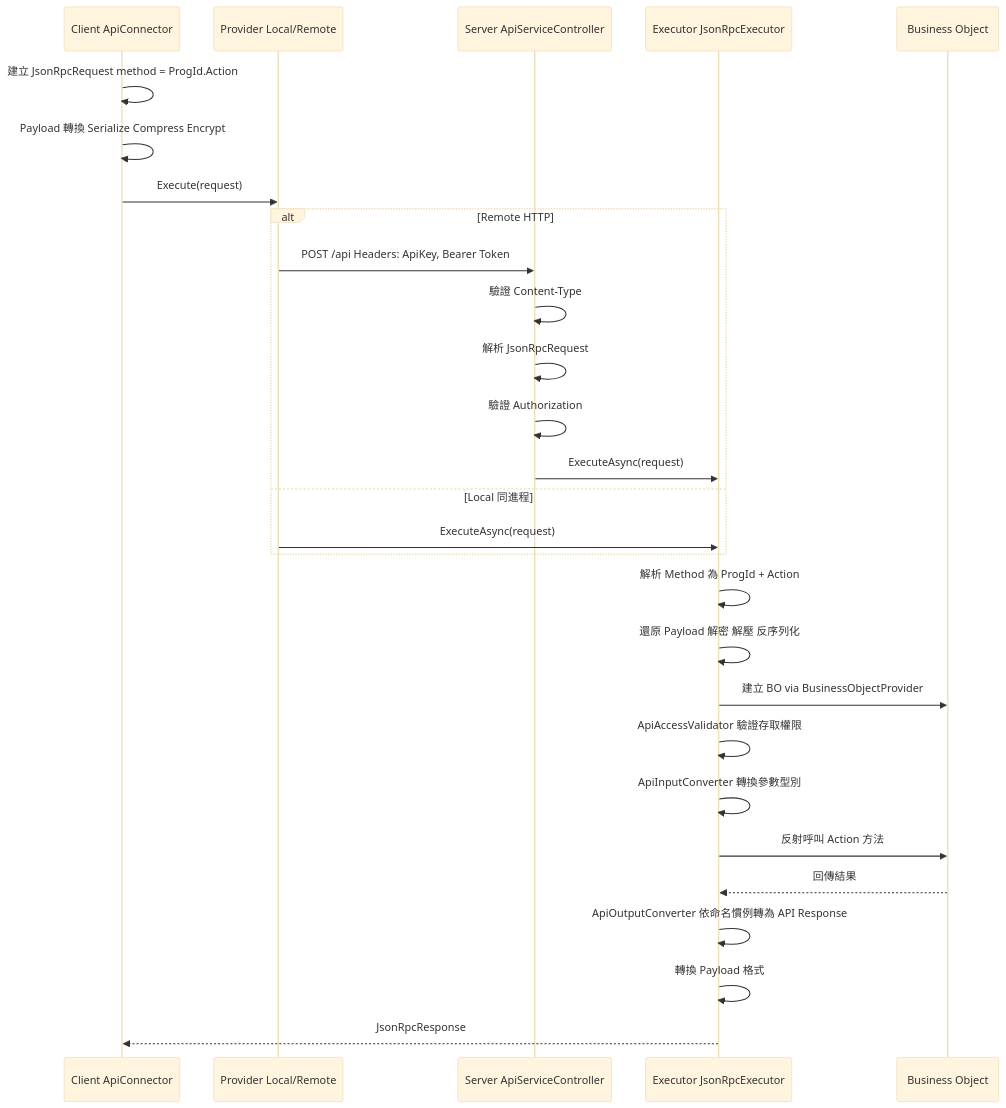
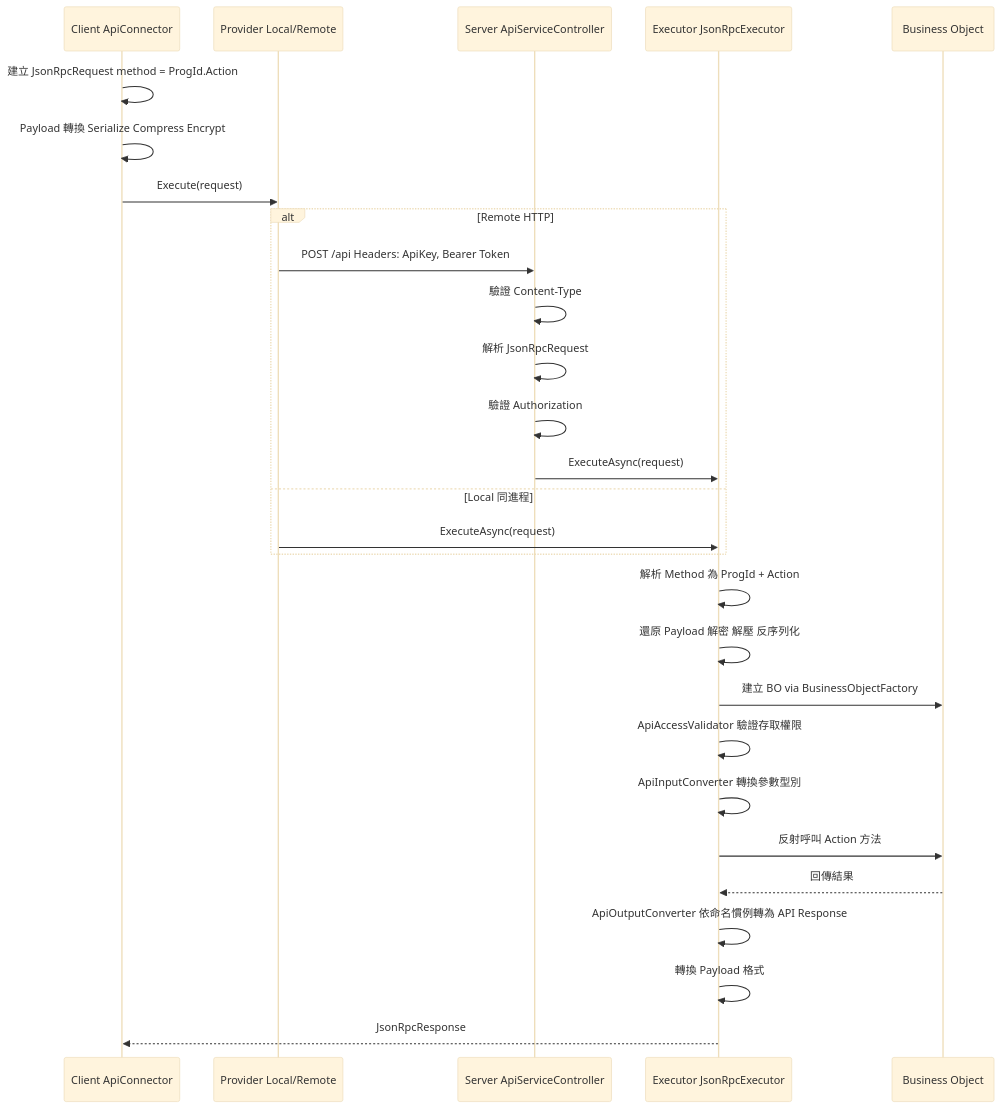
The diagram in docs/development-cookbook.zh-TW.md (jeff377/bee-library), drawn with Mermaid (base theme) before and after one commit. The commit also changed other lines of this file and 51 other files, not shown here.

````diff
--- a/docs/development-cookbook.zh-TW.md
+++ b/docs/development-cookbook.zh-TW.md
@@ -72,33 +72,33 @@
 ```mermaid
 sequenceDiagram
     participant C as Client ApiConnector
     participant P as Provider Local/Remote
     participant S as Server ApiServiceController
     participant E as Executor JsonRpcExecutor
     participant B as Business Object
 
     C->>C: 建立 JsonRpcRequest method = ProgId.Action
     C->>C: Payload 轉換 Serialize Compress Encrypt
     C->>P: Execute(request)
 
     alt Remote HTTP
         P->>S: POST /api Headers: ApiKey, Bearer Token
         S->>S: 驗證 Content-Type
         S->>S: 解析 JsonRpcRequest
         S->>S: 驗證 Authorization
         S->>E: ExecuteAsync(request)
     else Local 同進程
         P->>E: ExecuteAsync(request)
     end
 
     E->>E: 解析 Method 為 ProgId + Action
     E->>E: 還原 Payload 解密 解壓 反序列化
-    E->>B: 建立 BO via BusinessObjectProvider
+    E->>B: 建立 BO via BusinessObjectFactory
     E->>E: ApiAccessValidator 驗證存取權限
     E->>E: ApiInputConverter 轉換參數型別
     E->>B: 反射呼叫 Action 方法
     B-->>E: 回傳結果
     E->>E: ApiOutputConverter 依命名慣例轉為 API Response
     E->>E: 轉換 Payload 格式
     E-->>C: JsonRpcResponse
 ```
````
